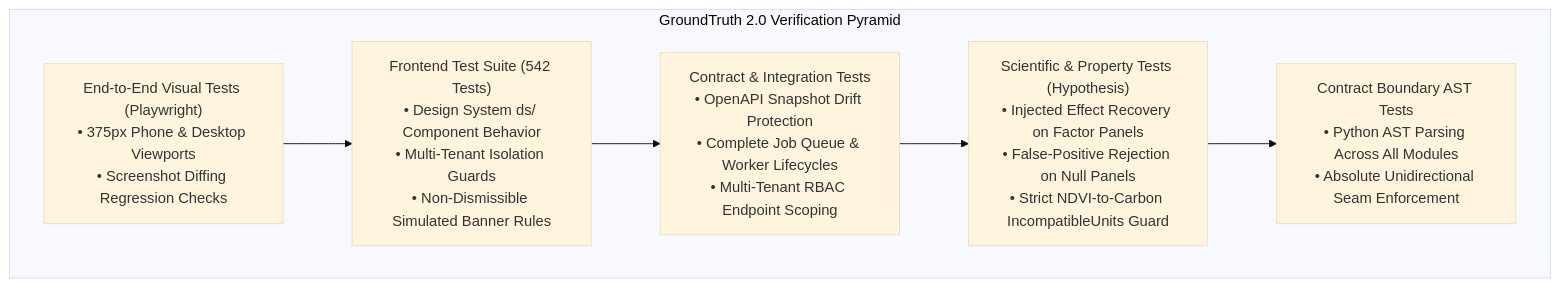
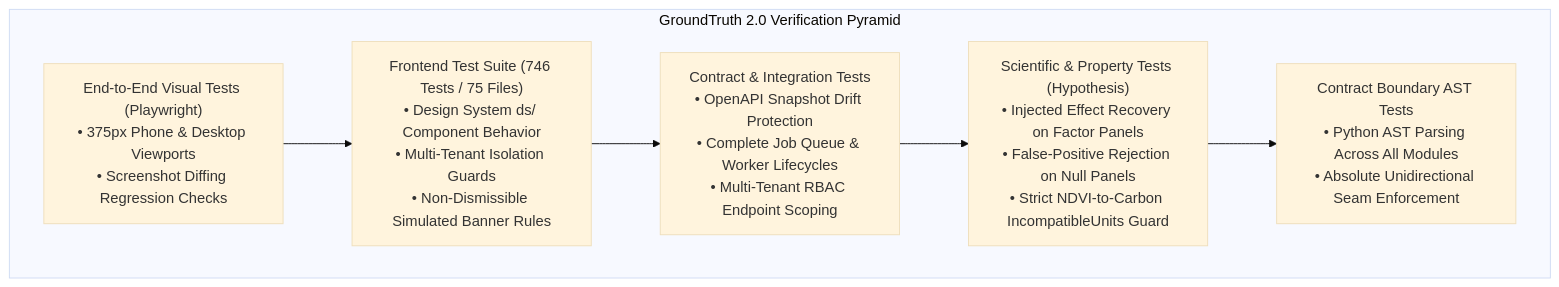
The diagram in docs/engineering/testing.md (Viraj281105/GroundTruth), drawn with Mermaid (base theme) before and after one commit. The commit also changed other lines of this file and 71 other files, not shown here.

````diff
--- a/docs/engineering/testing.md
+++ b/docs/engineering/testing.md
@@ -9,15 +9,15 @@
 ```mermaid
 graph TD
     subgraph TestingPyramid["GroundTruth 2.0 Verification Pyramid"]
         E2E["End-to-End Visual Tests (Playwright)<br/>• 375px Phone & Desktop Viewports<br/>• Screenshot Diffing Regression Checks"]
-        FrontendUnit["Frontend Test Suite (542 Tests)<br/>• Design System ds/ Component Behavior<br/>• Multi-Tenant Isolation Guards<br/>• Non-Dismissible Simulated Banner Rules"]
+        FrontendUnit["Frontend Test Suite (746 Tests / 75 Files)<br/>• Design System ds/ Component Behavior<br/>• Multi-Tenant Isolation Guards<br/>• Non-Dismissible Simulated Banner Rules"]
         Integration["Contract & Integration Tests<br/>• OpenAPI Snapshot Drift Protection<br/>• Complete Job Queue & Worker Lifecycles<br/>• Multi-Tenant RBAC Endpoint Scoping"]
         Scientific["Scientific & Property Tests (Hypothesis)<br/>• Injected Effect Recovery on Factor Panels<br/>• False-Positive Rejection on Null Panels<br/>• Strict NDVI-to-Carbon IncompatibleUnits Guard"]
         UnitBoundary["Contract Boundary AST Tests<br/>• Python AST Parsing Across All Modules<br/>• Absolute Unidirectional Seam Enforcement"]
     end
 
     E2E --> FrontendUnit
     FrontendUnit --> Integration
     Integration --> Scientific
     Scientific --> UnitBoundary
 ```
````
